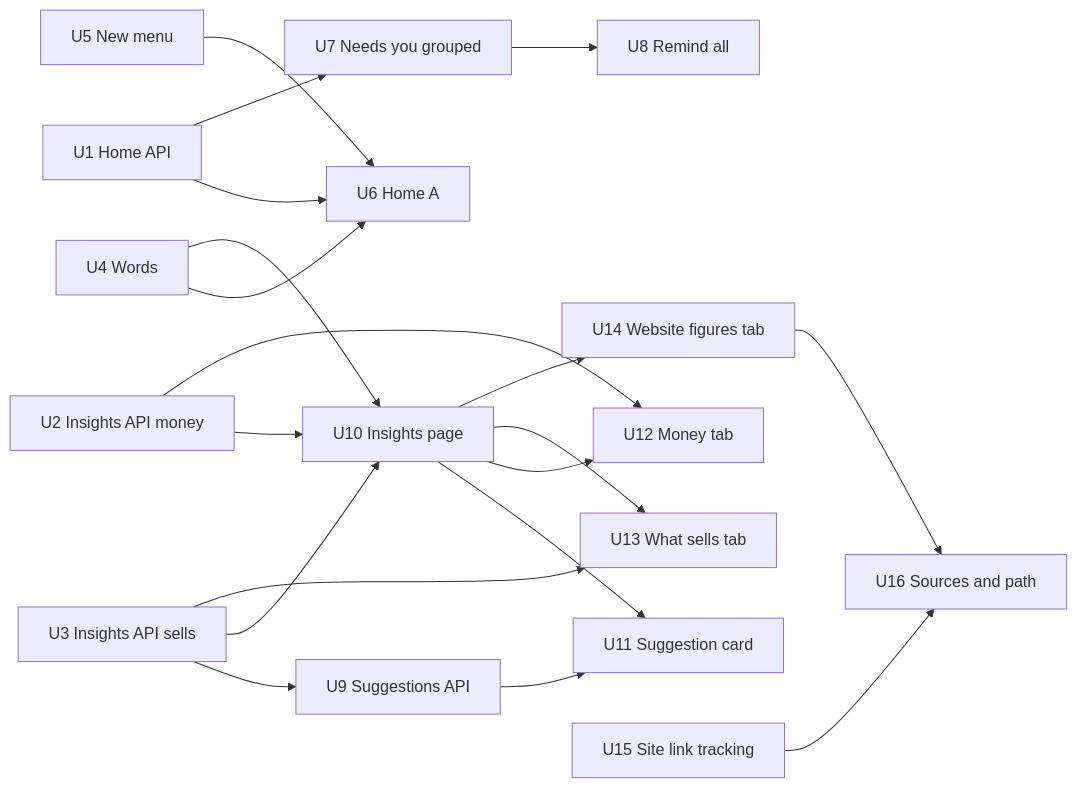
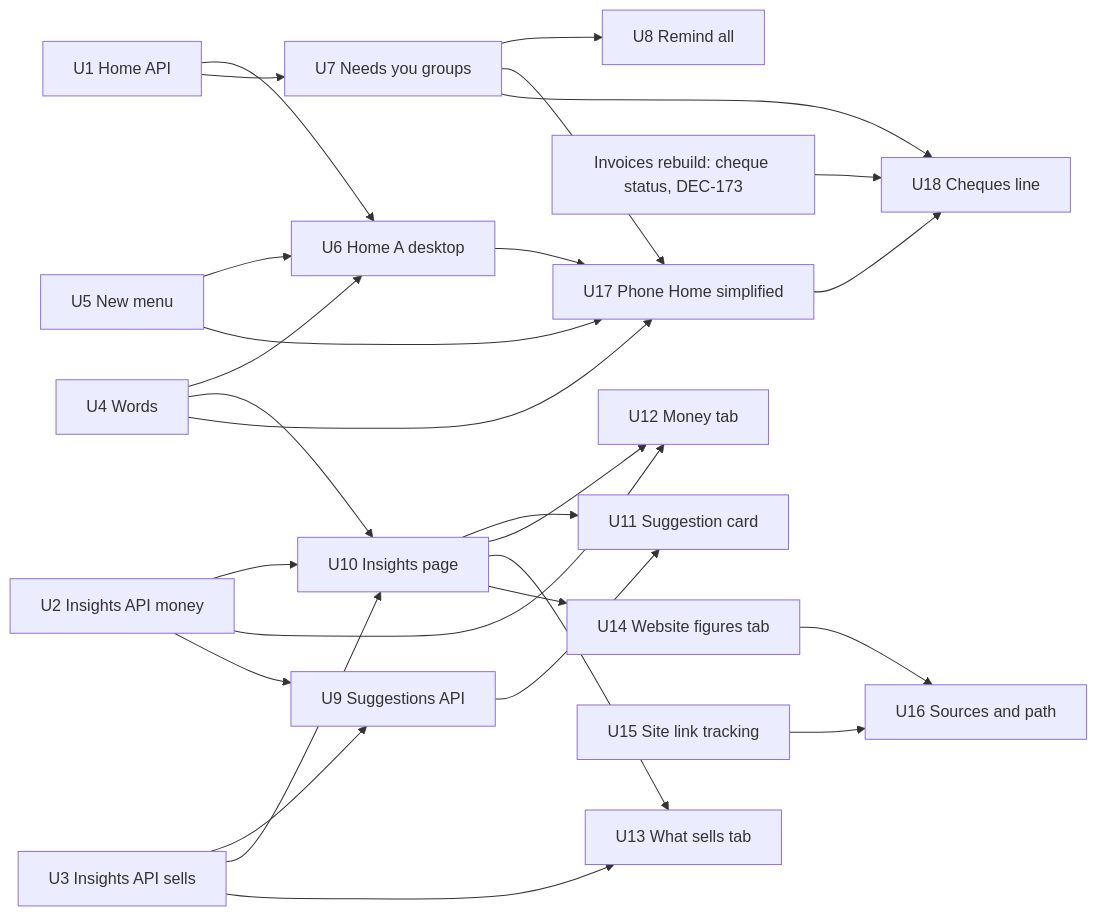
Before and after one commit to saroh-labs/saroh.in: the diagram in docs/plans/2026-10-19-002-feat-home-insights-plan.md, drawn with Mermaid. The commit also changed other lines of this file, not shown here.

Commit message:
docs(plans): Home and Insights plan made build-ready, phone Home and the cheques line; issues #1077–#1105

````diff
--- a/docs/plans/2026-10-19-002-feat-home-insights-plan.md
+++ b/docs/plans/2026-10-19-002-feat-home-insights-plan.md
@@ -282,13 +447,18 @@
 ```mermaid
 flowchart LR
-  U1[U1 Home API] --> U6[U6 Home A] & U7[U7 Needs you grouped]
-  U4[U4 Words] --> U6 & U10
-  U5[U5 New menu] --> U6
-  U7 --> U8[U8 Remind all]
+  U1[U1 Home API] --> U6[U6 Home A desktop] & U7[U7 Needs you groups]
+  U4[U4 Words] --> U6 & U10 & U17
+  U5[U5 New menu] --> U6 & U17
+  U6 --> U17[U17 Phone Home simplified]
+  U7 --> U8[U8 Remind all] & U17
+  U7 --> U18[U18 Cheques line]
+  U17 --> U18
+  INV[Invoices rebuild: cheque status, DEC-173] --> U18
   U2[U2 Insights API money] --> U10[U10 Insights page] & U12[U12 Money tab]
   U3[U3 Insights API sells] --> U9[U9 Suggestions API] & U10 & U13[U13 What sells tab]
+  U2 --> U9
   U9 --> U11[U11 Suggestion card]
   U10 --> U11 & U12 & U13 & U14[U14 Website figures tab]
   U15[U15 Site link tracking] --> U16[U16 Sources and path]
   U14 --> U16
 ```
````
